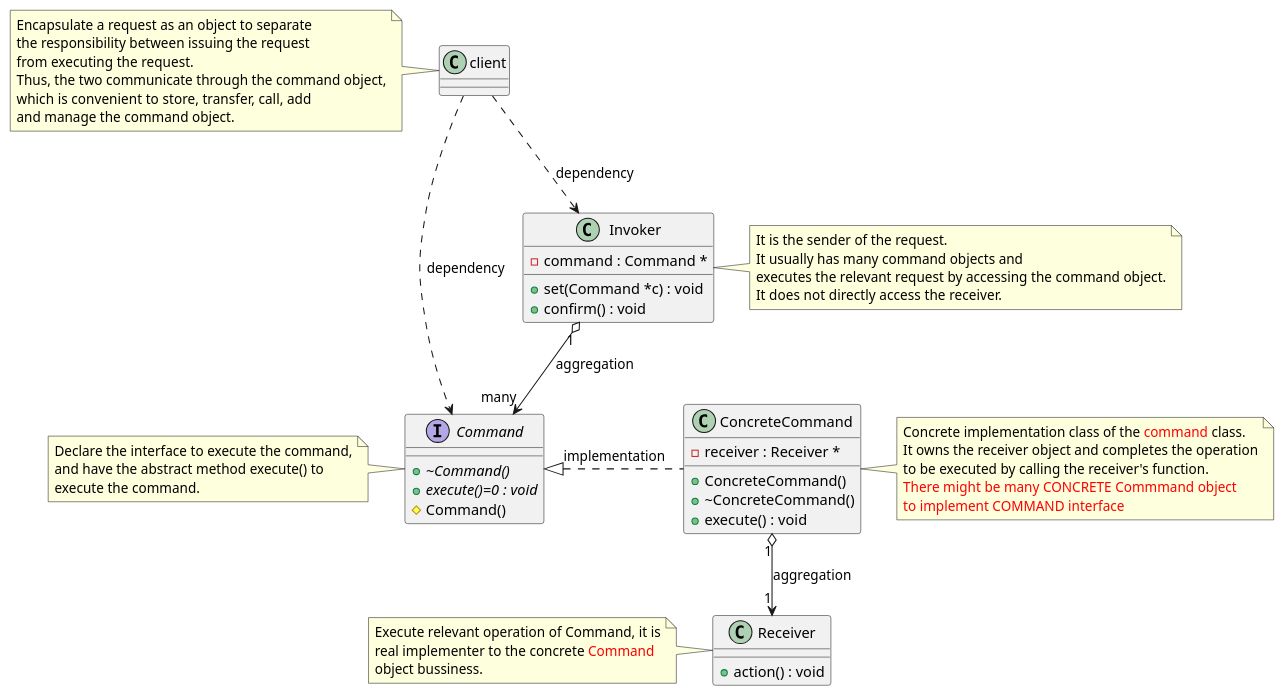
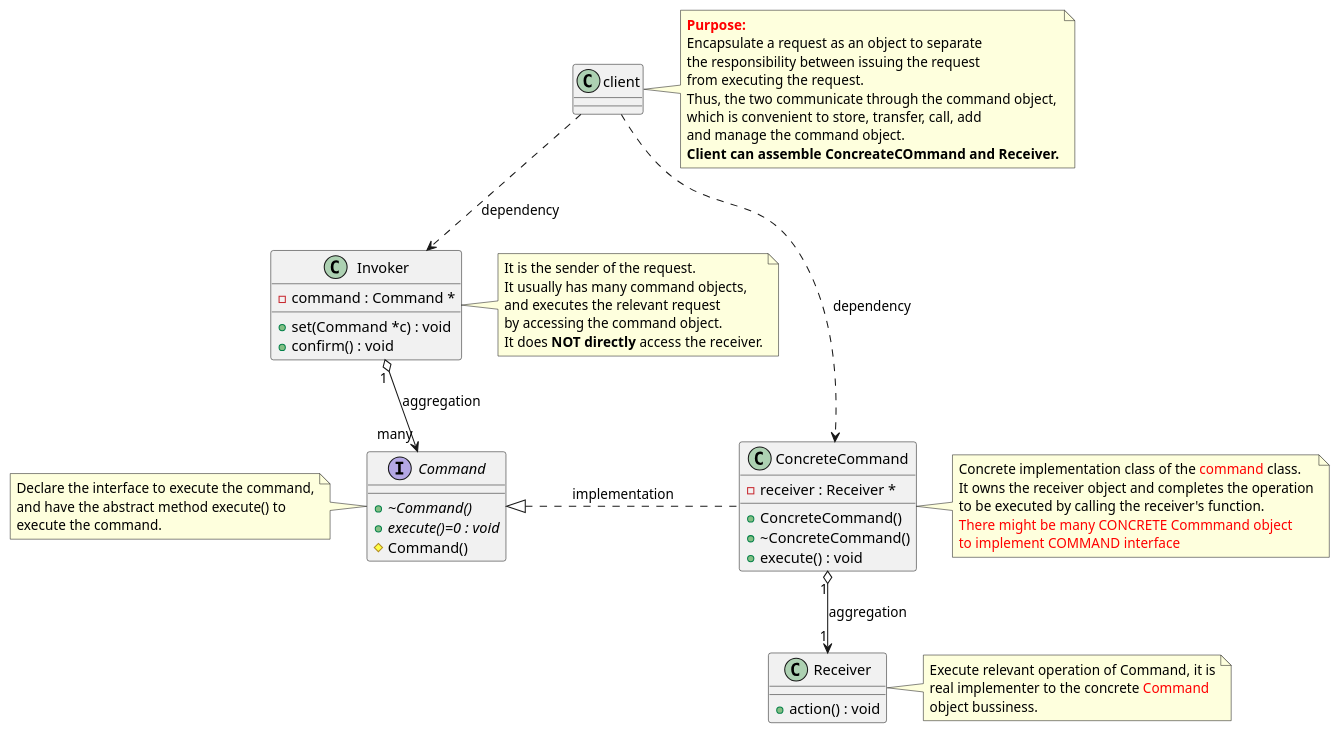
The diagram in command/CommandPattern.puml (flyingman1991/design-patterns-cpp), drawn with PlantUML before and after one commit. The commit also changed 2 other files, not shown here.

Commit message:
add comments and spaces into command patterns description.

```diff
--- a/command/CommandPattern.puml
+++ b/command/CommandPattern.puml
@@ -1,70 +1,72 @@
 @startuml CommandPattern
 
 class Receiver {
     + action() : void
 }
 
 interface Command {
     + {abstract} ~Command()
     + {abstract} execute()=0 : void
     # Command()
 }
 
 class ConcreteCommand {
     + ConcreteCommand()
     + ~ConcreteCommand()
     + execute() : void
     - receiver : Receiver *
 }
 
 ConcreteCommand .up|> Command : implementation
 ConcreteCommand "1" o--> "1" Receiver : aggregation
 
 class Invoker {
     + set(Command *c) : void
     + confirm() : void
     - command : Command *
 }
 
+note left of Invoker
+    It is the sender of the request.
+    It usually has many command objects,
+    and executes the relevant request
+    by accessing the command object.
+    It does <b>NOT directly</b> access the receiver.
+end note
+
 Invoker "1" o--> "many" Command : aggregation
-
-client ..> Command : dependency
+client ..> ConcreteCommand : dependency
 client ..> Invoker : dependency
 
-note left of client
+note right of client
+    <font color="red"><b>Purpose:</b></font>
     Encapsulate a request as an object to separate
     the responsibility between issuing the request
     from executing the request.
     Thus, the two communicate through the command object,
     which is convenient to store, transfer, call, add
     and manage the command object.
+    <b>Client can assemble ConcreateCOmmand and Receiver.</b>
 end note
 
 note left of Command
     Declare the interface to execute the command,
     and have the abstract method execute() to
     execute the command.
 end note
 
 note right of ConcreteCommand
     Concrete implementation class of the <font color="Red">command</font> class.
     It owns the receiver object and completes the operation
     to be executed by calling the receiver's function.
     <font color="red">There might be many CONCRETE Commmand object</font>
     <font color="red">to implement COMMAND interface</font>
 end note
 
-note left of Receiver
+note right of Receiver
     Execute relevant operation of Command, it is
     real implementer to the concrete <font color="Red">Command</font>
     object bussiness.
 end note
 
-note right of Invoker
-    It is the sender of the request.
-    It usually has many command objects and
-    executes the relevant request by accessing the command object.
-    It does not directly access the receiver.
-end note
-
 @enduml
```
